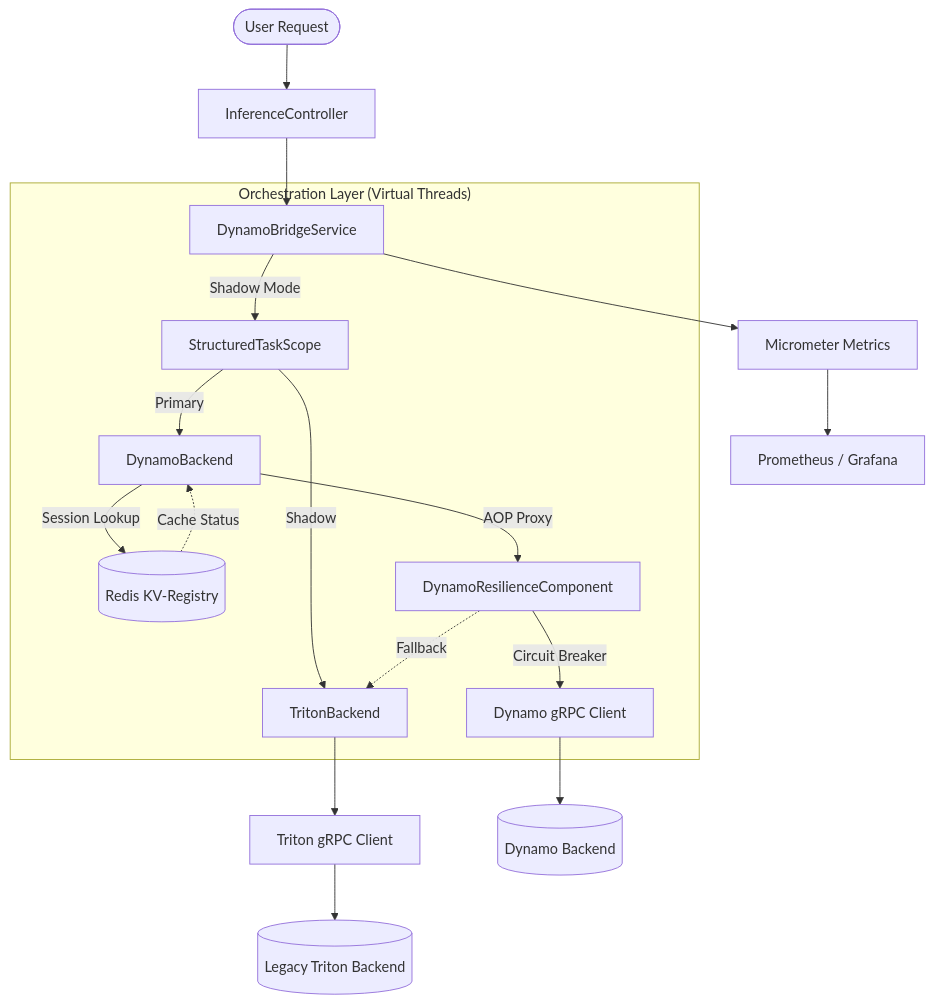
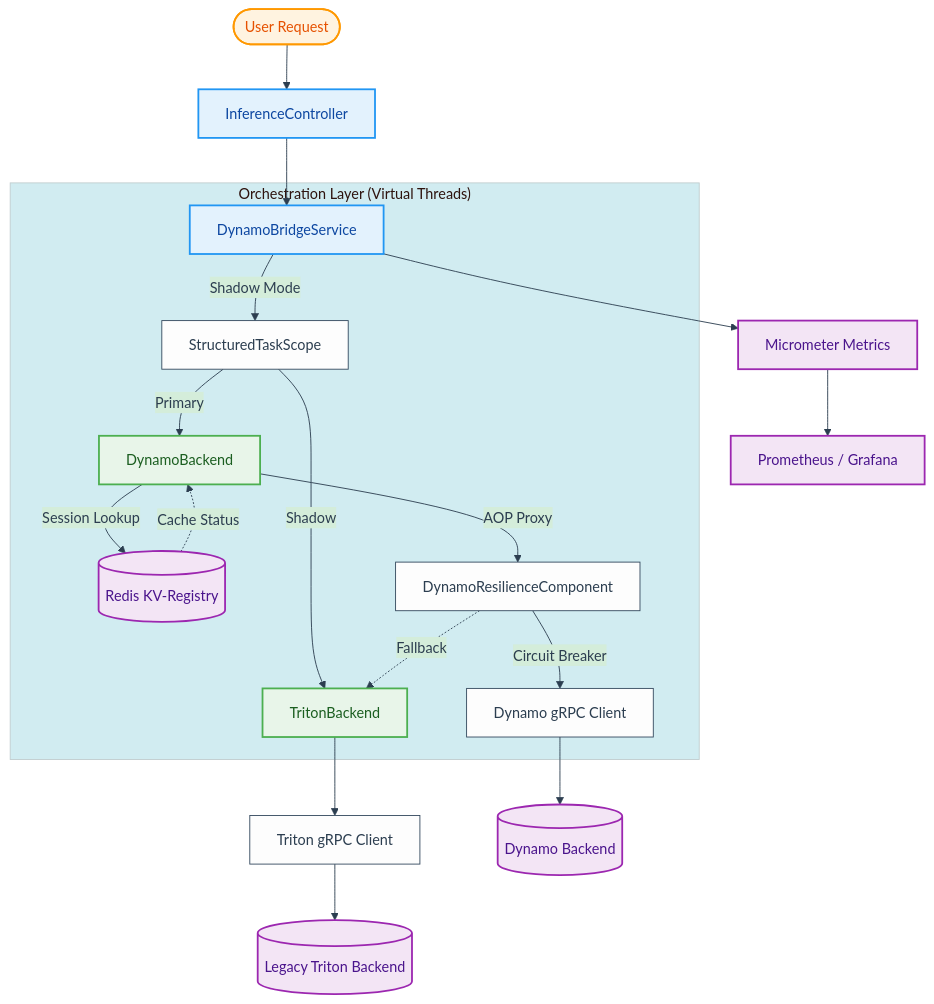
One commit to developertogo/velo-sentinel changed the first of 2 diagrams in README.md. Above: the diagram before and after it, drawn with Mermaid. The commit also changed other lines of this file and 8 other files, not shown here.

````diff
--- a/README.md
+++ b/README.md
@@ -28,26 +25,37 @@
 ```mermaid
+%%{init: {'theme': 'base', 'themeVariables': { 'primaryColor': '#fdfdfd', 'primaryTextColor': '#2c3e50', 'primaryBorderColor': '#34495e', 'lineColor': '#2c3e50', 'secondaryColor': '#d4edda', 'tertiaryColor': '#d1ecf1' }}}%%
 graph TD
     User([User Request]) --> Controller[InferenceController]
     Controller --> Bridge[DynamoBridgeService]
     
     subgraph "Orchestration Layer (Virtual Threads)"
         Bridge -->|Shadow Mode| TaskScope[StructuredTaskScope]
         TaskScope -->|Primary| Dynamo[DynamoBackend]
         TaskScope -->|Shadow| Triton[TritonBackend]
         
         Dynamo -->|Session Lookup| Redis[(Redis KV-Registry)]
         Redis -.->|Cache Status| Dynamo
         
         Dynamo -->|AOP Proxy| RC[DynamoResilienceComponent]
         RC -->|Circuit Breaker| D_GRPC[Dynamo gRPC Client]
         RC -.->|Fallback| Triton
     end
     
     Triton --> T_GRPC[Triton gRPC Client]
     
     D_GRPC --> DB[(Dynamo Backend)]
     T_GRPC --> TB[(Legacy Triton Backend)]
     
     Bridge --> Metrics[Micrometer Metrics]
     Metrics --> Prometheus[Prometheus / Grafana]
+
+    classDef primary fill:#e3f2fd,stroke:#2196f3,stroke-width:2px,color:#0d47a1;
+    classDef secondary fill:#e8f5e9,stroke:#4caf50,stroke-width:2px,color:#1b5e20;
+    classDef storage fill:#f3e5f5,stroke:#9c27b0,stroke-width:2px,color:#4a148c;
+    classDef user fill:#fff3e0,stroke:#ff9800,stroke-width:2px,color:#e65100;
+
+    class User user;
+    class Controller,Bridge primary;
+    class Dynamo,Triton secondary;
+    class Redis,DB,TB,Metrics,Prometheus storage;
 ```
````
